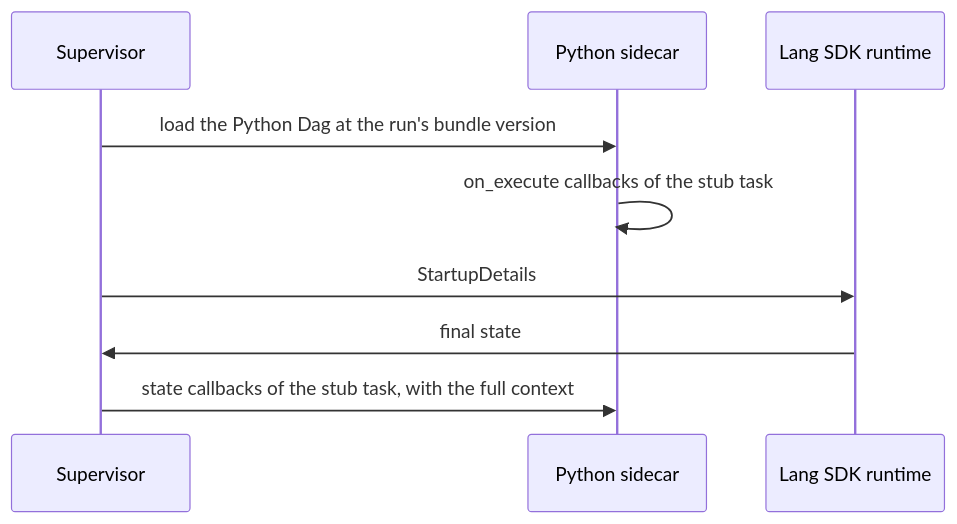
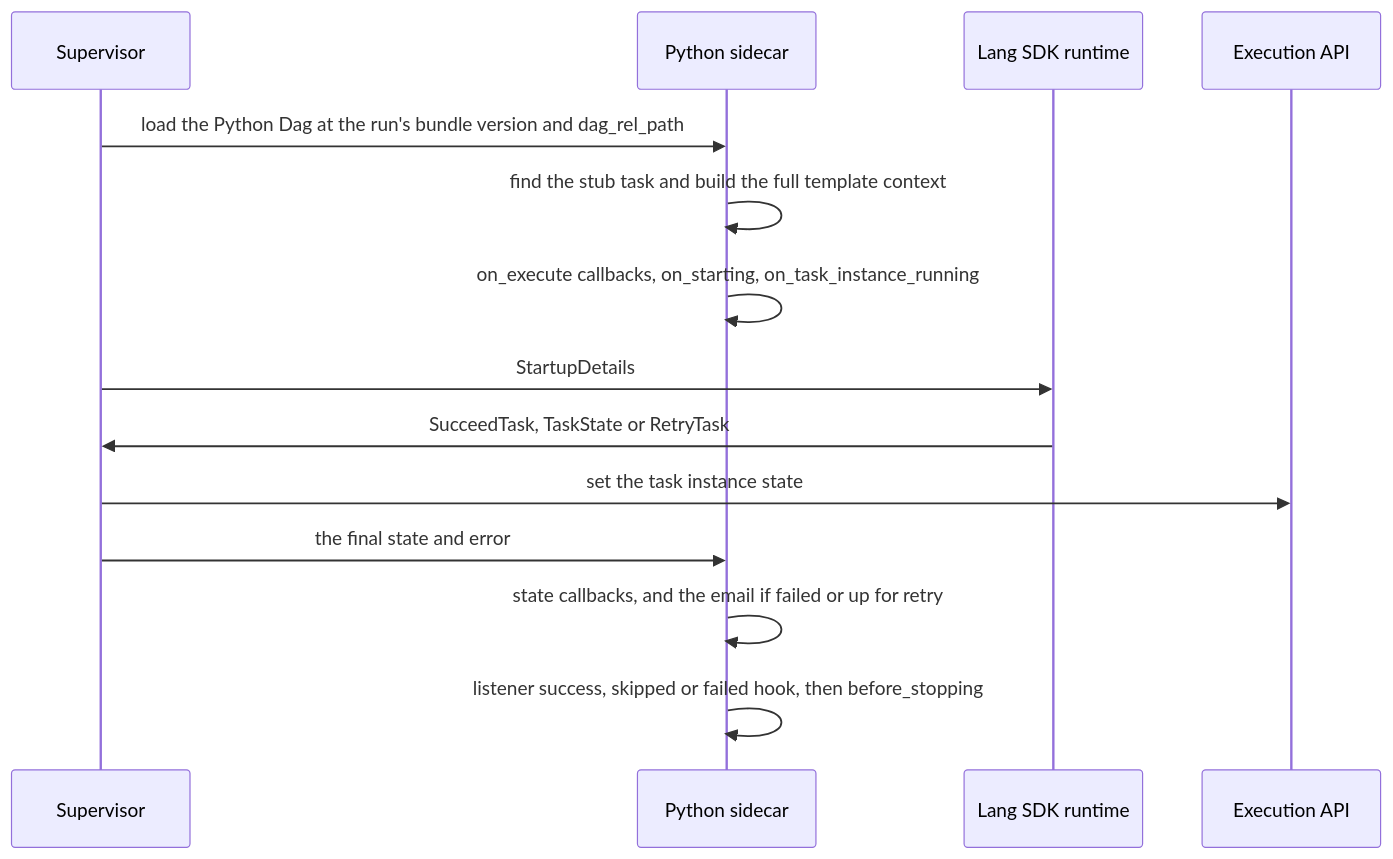
The third of 4 diagrams in airflow-core/adr/lang-sdk/0020-callbacks-deadline-alerts-and-listeners-across-lang-sdks.md (jason810496/airflow), drawn with Mermaid before and after one commit. The commit also changed other lines of this file and 3 other files, not shown here.

Commit message:
Add callback schemas, task emails and code links to callback ADRs

````diff
--- a/airflow-core/adr/lang-sdk/0020-callbacks-deadline-alerts-and-listeners-across-lang-sdks.md
+++ b/airflow-core/adr/lang-sdk/0020-callbacks-deadline-alerts-and-listeners-across-lang-sdks.md
@@ -155,11 +262,16 @@
 ```mermaid
 sequenceDiagram
     participant SV as Supervisor
     participant HP as Python sidecar
     participant RT as Lang SDK runtime
-    SV->>HP: load the Python Dag at the run's bundle version
-    HP->>HP: on_execute callbacks of the stub task
+    participant API as Execution API
+    SV->>HP: load the Python Dag at the run's bundle version and dag_rel_path
+    HP->>HP: find the stub task and build the full template context
+    HP->>HP: on_execute callbacks, on_starting, on_task_instance_running
     SV->>RT: StartupDetails
-    RT->>SV: final state
-    SV->>HP: state callbacks of the stub task, with the full context
+    RT->>SV: SucceedTask, TaskState or RetryTask
+    SV->>API: set the task instance state
+    SV->>HP: the final state and error
+    HP->>HP: state callbacks, and the email if failed or up for retry
+    HP->>HP: listener success, skipped or failed hook, then before_stopping
 ```
````
